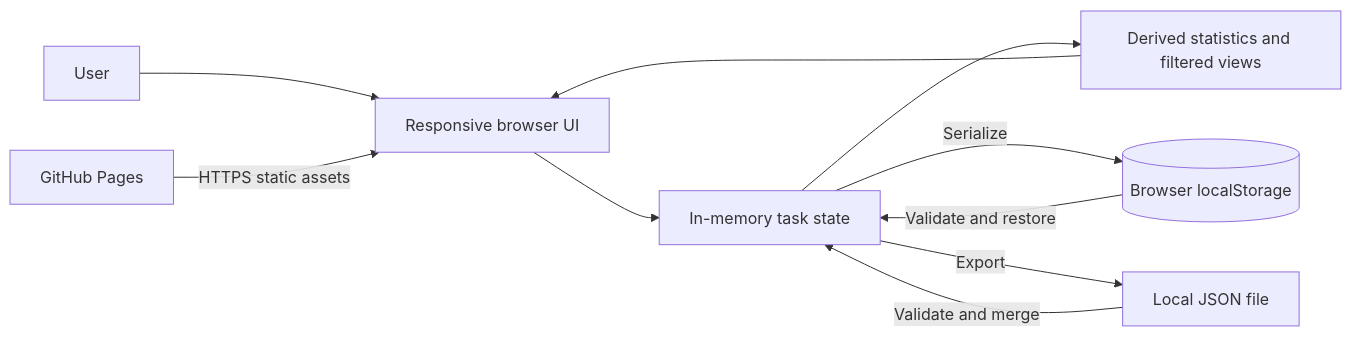
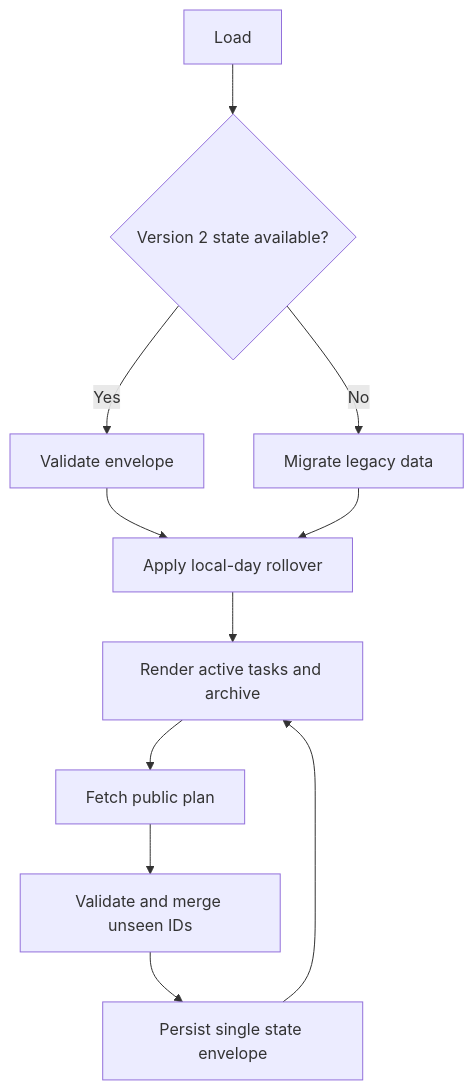
Before and after one commit to varunjakkampudi-tech/daily-checklist: the first of 2 diagrams in docs/architecture.md, drawn with Mermaid. The commit also changed other lines of this file, not shown here.

````diff
--- a/docs/architecture.md
+++ b/docs/architecture.md
@@ -7,12 +7,13 @@
 ```mermaid
-flowchart LR
-    U[User] --> UI[Responsive browser UI]
-    GH[GitHub Pages] -->|HTTPS static assets| UI
-    UI --> S[In-memory task state]
-    S --> R[Derived statistics and filtered views]
-    R --> UI
-    S -->|Serialize| L[(Browser localStorage)]
-    L -->|Validate and restore| S
-    F[Local JSON file] -->|Validate and merge| S
-    S -->|Export| F
+flowchart TD
+ A[Load] --> B{Version 2 state available?}
+ B -->|Yes| C[Validate envelope]
+ B -->|No| D[Migrate legacy data]
+ C --> E[Apply local-day rollover]
+ D --> E
+ E --> F[Render active tasks and archive]
+ F --> G[Fetch public plan]
+ G --> H[Validate and merge unseen IDs]
+ H --> I[Persist single state envelope]
+ I --> F
 ```
````
